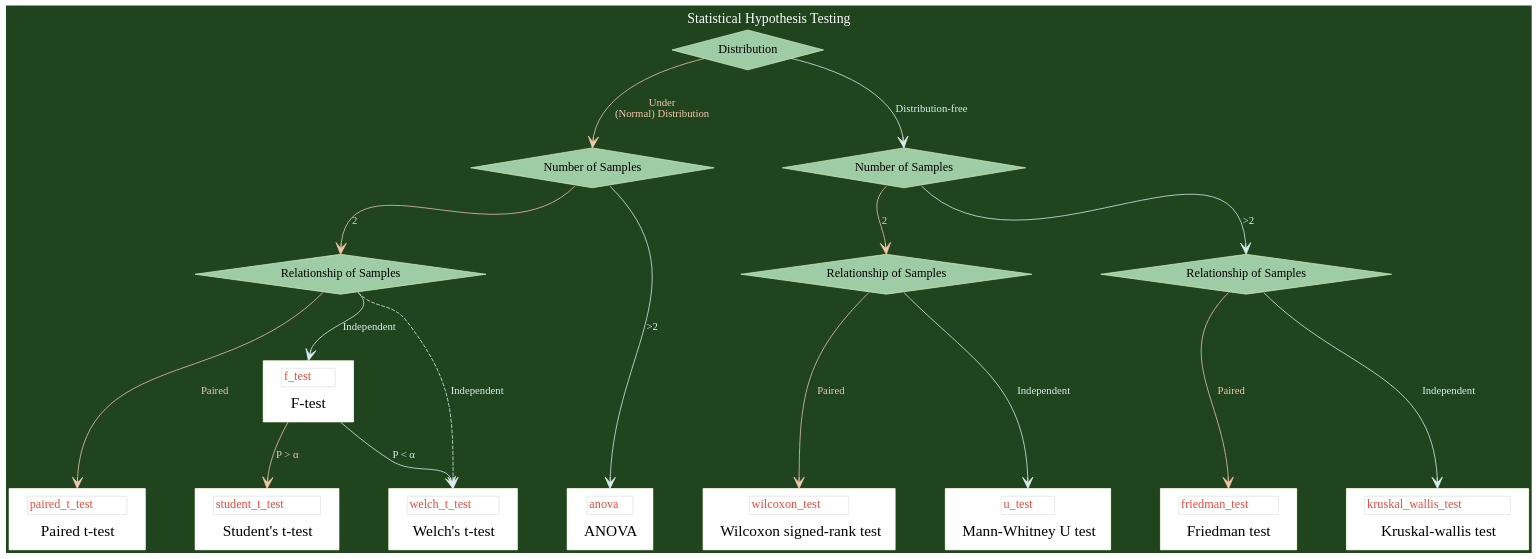
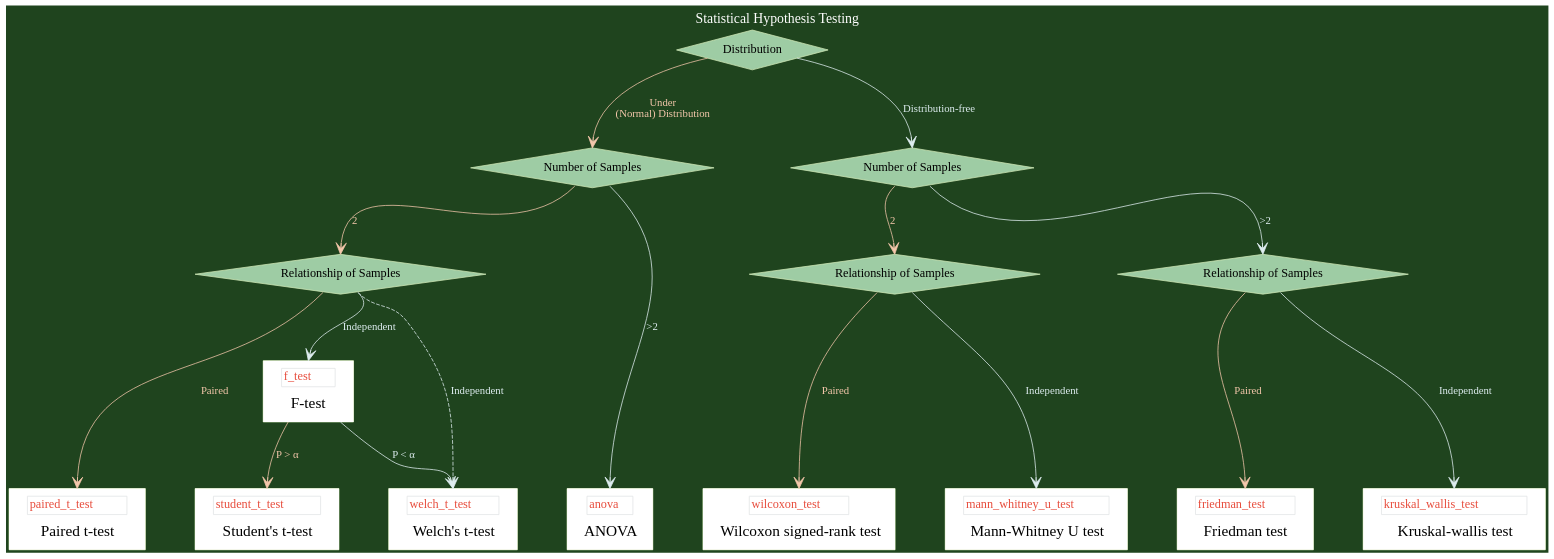
The diagram in docs/_static/graphviz_ChoosingStatisticalTest.dot (iwasakishuto/TeiLab-BasicLaboratoryWork-in-LifeScienceExperiments), drawn with Graphviz before and after one commit. The commit also changed 65 other files, not shown here.

```diff
--- a/docs/_static/graphviz_ChoosingStatisticalTest.dot
+++ b/docs/_static/graphviz_ChoosingStatisticalTest.dot
@@ -1,123 +1,123 @@
 digraph RAMPreprocessingGraph {
     graph [
         charset   = "UTF-8";
         label     = "Statistical Hypothesis Testing",
         labelloc  = "t",
         labeljust = "c",
         bgcolor   = "#1f441e",
         fontcolor = "white",
         fontsize  = 18,
         style     = "filled",
         rankdir   = TB,
         margin    = 0.2,
         ranksep   = 1.0,
         nodesep   = 0.9,
         layout    = "dot",
         compound = true,
     ];
 
     node [
         shape     = diamond,
         style     = "solid,filled",
         fontsize  = 16,
         fontcolor = 6,
         fontname  = "fantasy",
         color     = "#cee6b4",
         fillcolor = "#9ecca4",
         fixedsize = false,
         margin    = "0.05",
     ];
     
     distribution          [label="Distribution"];
     numSamples1           [label="Number of Samples"];
     numSamples2           [label="Number of Samples"];
     sampleRelationships11 [label="Relationship of Samples"];
     sampleRelationships21 [label="Relationship of Samples"];
     sampleRelationships22 [label="Relationship of Samples"];
 
     node [
         shape     = rect,
         style     = "solid,filled",
         fontsize  = 20,
         fontcolor = 6,
         fontname  = "times",
         color     = "#cee6b4",
         fillcolor = "#fff5b7",
         fixedsize = false,
         margin    = "0",
     ];
 
     f_test              [label = <<table border="0" cellspacing="10" bgcolor="white"><tr><td></td><td port="varname" align="left" border="1" color="#e1e4e5" bgcolor="white" width="70"  fixedsize="true"><font point-size="16" face="monaco" color="#e74c3c">f_test</font></td><td></td></tr><tr><td colspan="3" port="location"><font face="times">F-test</font></td></tr></table>>]
     paired_t_test       [label = <<table border="0" cellspacing="10" bgcolor="white"><tr><td></td><td port="varname" align="left" border="1" color="#e1e4e5" bgcolor="white" width="130" fixedsize="true"><font point-size="16" face="monaco" color="#e74c3c">paired_t_test</font></td><td></td></tr><tr><td colspan="3" port="location"><font face="times">Paired t-test</font></td></tr></table>>]
     student_t_test      [label = <<table border="0" cellspacing="10" bgcolor="white"><tr><td></td><td port="varname" align="left" border="1" color="#e1e4e5" bgcolor="white" width="140" fixedsize="true"><font point-size="16" face="monaco" color="#e74c3c">student_t_test</font></td><td></td></tr><tr><td colspan="3" port="location"><font face="times">Student's t-test</font></td></tr></table>>]
     welch_t_test        [label = <<table border="0" cellspacing="10" bgcolor="white"><tr><td></td><td port="varname" align="left" border="1" color="#e1e4e5" bgcolor="white" width="120" fixedsize="true"><font point-size="16" face="monaco" color="#e74c3c">welch_t_test</font></td><td></td></tr><tr><td colspan="3" port="location"><font face="times">Welch's t-test</font></td></tr></table>>]
     anova               [label = <<table border="0" cellspacing="10" bgcolor="white"><tr><td></td><td port="varname" align="left" border="1" color="#e1e4e5" bgcolor="white" width="60"  fixedsize="true"><font point-size="16" face="monaco" color="#e74c3c">anova</font></td><td></td></tr><tr><td colspan="3" port="location"><font face="times">ANOVA</font></td></tr></table>>]
     wilcoxon_test       [label = <<table border="0" cellspacing="10" bgcolor="white"><tr><td></td><td port="varname" align="left" border="1" color="#e1e4e5" bgcolor="white" width="130" fixedsize="true"><font point-size="16" face="monaco" color="#e74c3c">wilcoxon_test</font></td><td></td></tr><tr><td colspan="3" port="location"><font face="times">Wilcoxon signed-rank test</font></td></tr></table>>]
-    u_test              [label = <<table border="0" cellspacing="10" bgcolor="white"><tr><td></td><td port="varname" align="left" border="1" color="#e1e4e5" bgcolor="white" width="70"  fixedsize="true"><font point-size="16" face="monaco" color="#e74c3c">u_test</font></td><td></td></tr><tr><td colspan="3" port="location"><font face="times">Mann-Whitney U test</font></td></tr></table>>]
+    u_test              [label = <<table border="0" cellspacing="10" bgcolor="white"><tr><td></td><td port="varname" align="left" border="1" color="#e1e4e5" bgcolor="white" width="190"  fixedsize="true"><font point-size="16" face="monaco" color="#e74c3c">mann_whitney_u_test</font></td><td></td></tr><tr><td colspan="3" port="location"><font face="times">Mann-Whitney U test</font></td></tr></table>>]
     friedman_test       [label = <<table border="0" cellspacing="10" bgcolor="white"><tr><td></td><td port="varname" align="left" border="1" color="#e1e4e5" bgcolor="white" width="130" fixedsize="true"><font point-size="16" face="monaco" color="#e74c3c">friedman_test</font></td><td></td></tr><tr><td colspan="3" port="location"><font face="times">Friedman test</font></td></tr></table>>]
     kruskal_wallis_test [label = <<table border="0" cellspacing="10" bgcolor="white"><tr><td></td><td port="varname" align="left" border="1" color="#e1e4e5" bgcolor="white" width="190" fixedsize="true"><font point-size="16" face="monaco" color="#e74c3c">kruskal_wallis_test</font></td><td></td></tr><tr><td colspan="3" port="location"><font face="times">Kruskal-wallis test</font></td></tr></table>>]       
    
     edge [
         style         = solid,
         fontsize      = 14,
         fontname      = "times",
         fontcolor     = white,
         color         = white,
         labelfloat    = false,
         arrowhead     = vee,
         headport      = n,
         arrowsize     = 1.5,
     ];
 
     subgraph cluster_1 {
         label     = "Parametric Test";
         labelloc  = "t";
         labeljust = "c";
         fillcolor = "#89898989";
         fontcolor = "#ffd56b";
         margin    = 20;
         distribution -> numSamples1 [label="Under\n(Normal) Distribution" color="#f4c7ab" fontcolor="#f4c7ab"];
         numSamples1 -> sampleRelationships11 [label="2" tailport=sw color="#f4c7ab" fontcolor="#f4c7ab"];
 
         subgraph cluster_11{
             label     = "Two-Sample Test";
             sampleRelationships11 -> paired_t_test [label="Paired"      tailport=sw color="#f4c7ab" fontcolor="#f4c7ab"];
             sampleRelationships11 -> welch_t_test  [label="Independent" tailport=se color="#deedf0" fontcolor="#deedf0"style="dashed"];
             sampleRelationships11 -> f_test        [label="Independent" tailport=se color="#deedf0" fontcolor="#deedf0"];
             f_test -> student_t_test [label="P > &#945;" color="#f4c7ab" fontcolor="#f4c7ab"];
             f_test -> welch_t_test   [label="P < &#945;" color="#deedf0" fontcolor="#deedf0"];
         }
         subgraph cluster_12{
             label = "Multiple-Sample Test"
             numSamples1 -> anova [label=">2" tailport=se color="#deedf0" fontcolor="#deedf0"];
         }
     };
 
     subgraph cluster_2 {
         label     = "Parametric Test";
         labelloc  = "t";
         labeljust = "c";
         fillcolor = "#89898989";
         fontcolor = "#ffd56b";
         margin    = 20;
         distribution -> numSamples2 [label="Distribution-free" color="#deedf0" fontcolor="#deedf0"];
         numSamples2 -> sampleRelationships21 [label="2"  tailport=sw color="#f4c7ab" fontcolor="#f4c7ab"];
         numSamples2 -> sampleRelationships22 [label=">2" tailport=se color="#deedf0" fontcolor="#deedf0"];
 
         subgraph cluster_21{
             label     = "Two-Sample Test";
             sampleRelationships21 -> wilcoxon_test [label="Paired"      tailport=sw color="#f4c7ab" fontcolor="#f4c7ab"];
             sampleRelationships21 -> u_test        [label="Independent" tailport=se color="#deedf0" fontcolor="#deedf0"];
         }
         subgraph cluster_22{
             label = "Multiple-Sample Test"
             sampleRelationships22 -> friedman_test       [label="Paired"      tailport=sw color="#f4c7ab" fontcolor="#f4c7ab"];
             sampleRelationships22 -> kruskal_wallis_test [label="Independent" tailport=se color="#deedf0" fontcolor="#deedf0"];
         }
     };
     {rank=same; distribution;}
     {rank=same; numSamples1; numSamples2;}
     {rank=same; sampleRelationships11; sampleRelationships21; sampleRelationships22;}
     {rank=same; f_test;}
     {rank=same; paired_t_test; student_t_test; welch_t_test; anova; wilcoxon_test; u_test; friedman_test; kruskal_wallis_test}
 }
```
